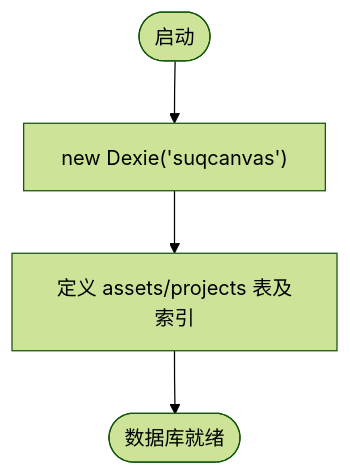
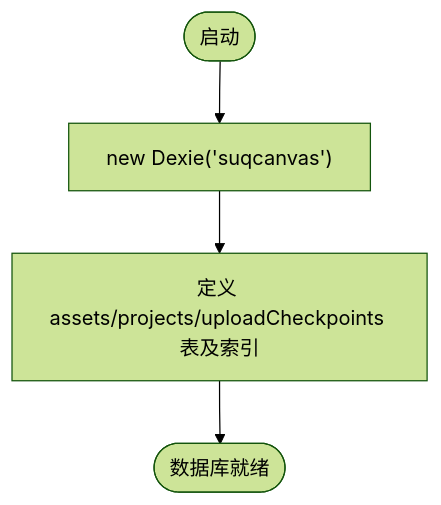
Before and after one commit to suqi-bot/SuQCanvas: the third of 11 diagrams in .qoder/repowiki/zh/content/数据持久化/IndexedDB 存储.md, drawn with Mermaid (forest theme). The commit also changed other lines of this file and 10 other files, not shown here.

````diff
--- a/.qoder/repowiki/zh/content/数据持久化/IndexedDB 存储.md
+++ b/.qoder/repowiki/zh/content/数据持久化/IndexedDB 存储.md
@@ -146,6 +160,6 @@
 ```mermaid
 flowchart TD
 Start(["启动"]) --> NewDexie["new Dexie('suqcanvas')"]
-NewDexie --> DefineTables["定义 assets/projects 表及索引"]
+NewDexie --> DefineTables["定义 assets/projects/uploadCheckpoints 表及索引"]
 DefineTables --> Ready(["数据库就绪"])
 ```
````
